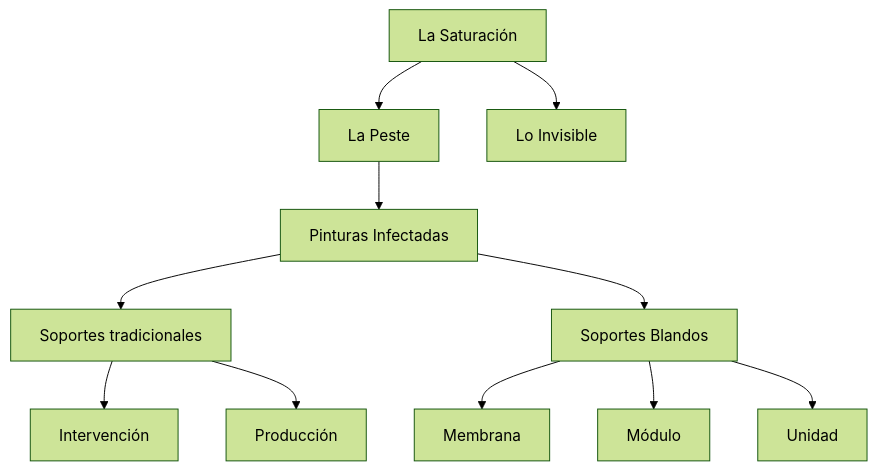
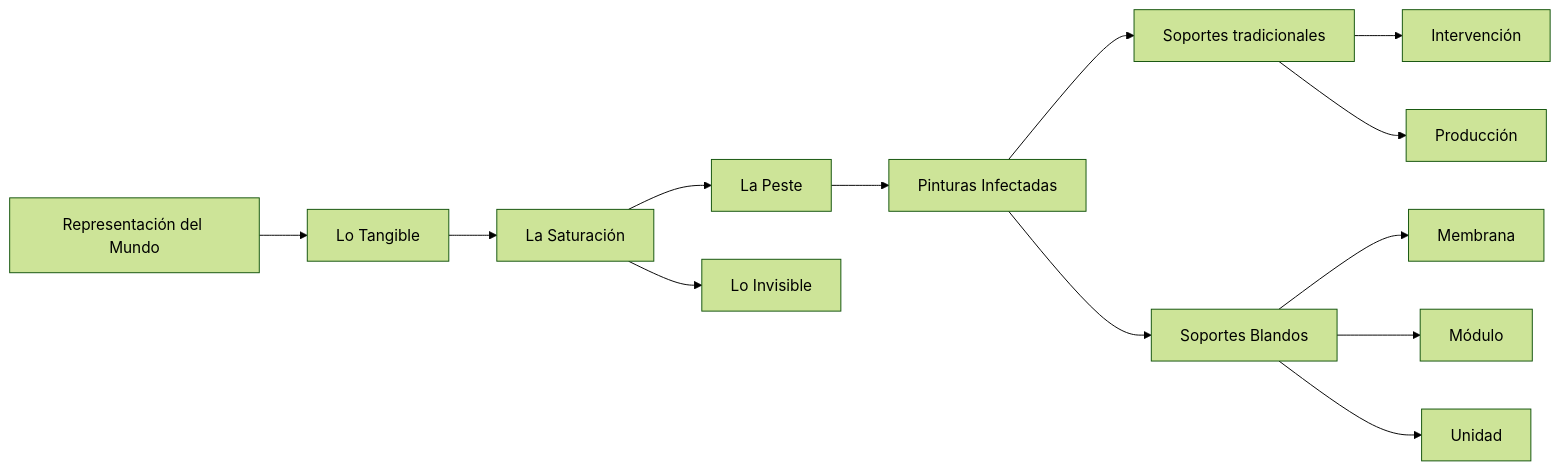
The diagram in ES/peste-pinturas-infectadas.md (EGGS-Artesvisuales/EGGS-Artesvisuales.github.io), drawn with Mermaid (forest theme) before and after one commit. The commit also changed other lines of this file, not shown here.

```diff
--- a/ES/peste-pinturas-infectadas.md
+++ b/ES/peste-pinturas-infectadas.md
@@ -34,25 +34,29 @@
 <div class="mermaid">
-graph TD
-  A[La Saturación] --> B[La Peste]
+graph LR
+  Z[Representación del Mundo] --> Y[Lo Tangible]
+  Y --> A[La Saturación]
+  A --> B[La Peste]
   A --> X[Lo Invisible]
 
   B --> C[Pinturas Infectadas]
   C --> D[Soportes tradicionales]
   D --> D1[Intervención]
   D --> D2[Producción]
   C --> E[Soportes Blandos]
   E --> E1[Membrana]
   E --> E2[Módulo]
   E --> E3[Unidad]
 
+  click Z "/es/representacion-del-mundo.html"
+  click Y "/es/lo-tangible.html"
   click A "/es/saturacion.html"
   click B "/es/la-peste.html"
   click C "/es/peste-pinturas-infectadas.html"
   click D "/es/pinturas-infectadas.html"
   click D1 "/es/intervenciones.html"
   click D2 "/es/produccion.html"
   click E "/es/soportes-blandos.html"
   click E1 "/es/membrana.html"
   click E2 "/es/modulo.html"
   click E3 "/es/unidad.html"
 </div>
```
